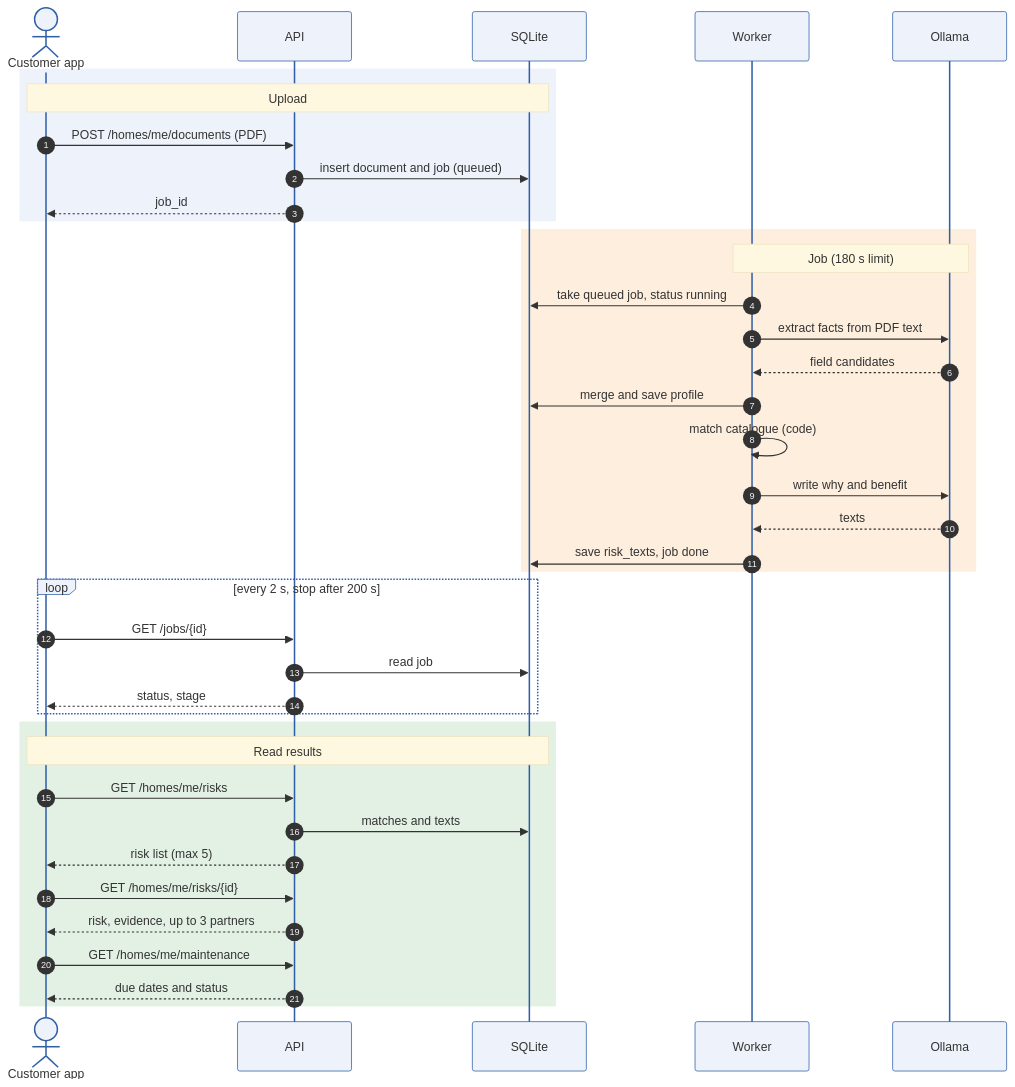
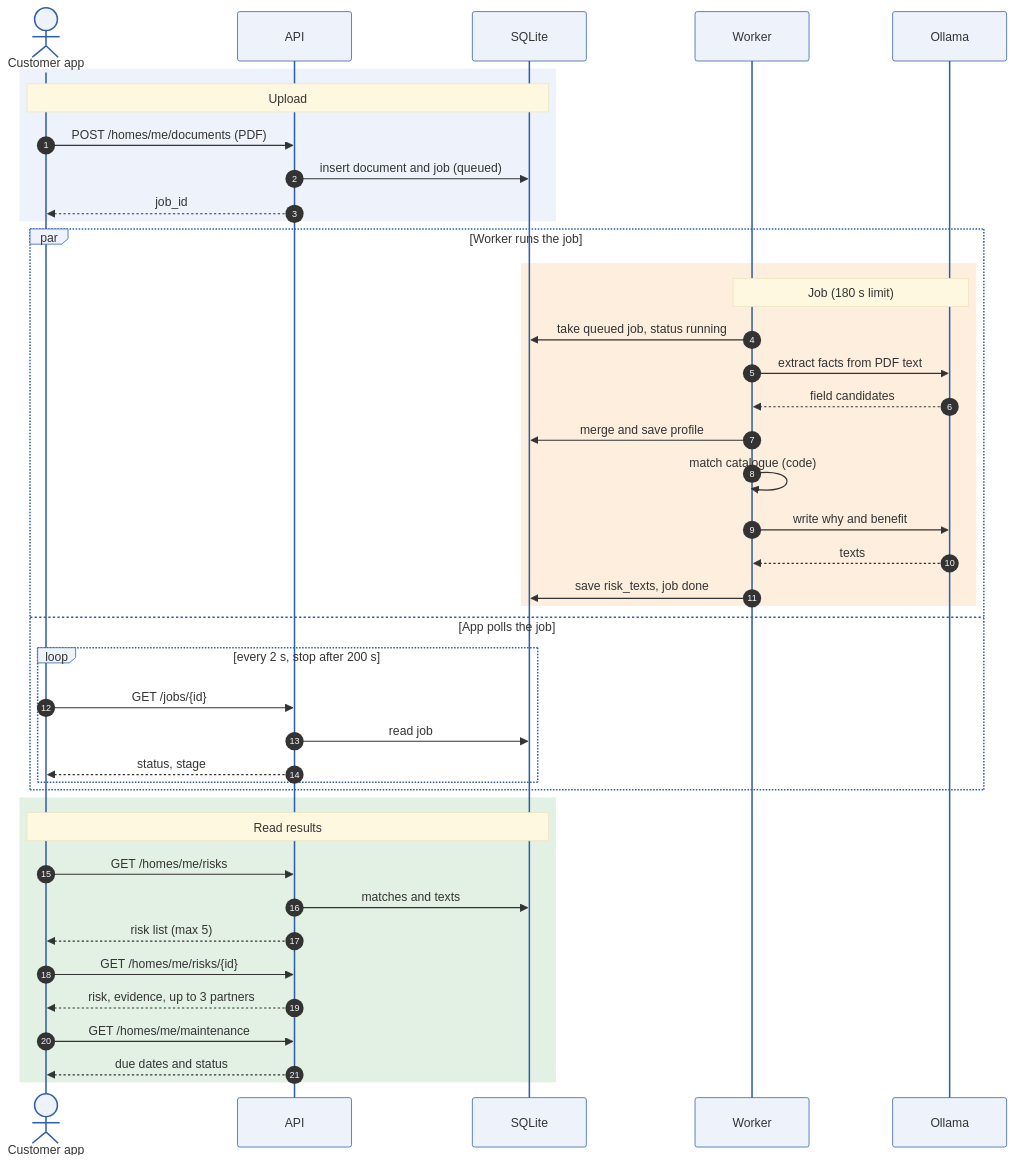
Before and after one commit to carbler1/IF-Ensurance: the diagram in docs/systemdesign/sequence.mmd, drawn with Mermaid. The commit also changed 5 other files, not shown here.

Commit message:
Update the architecture, roadmap and sequence diagrams

```diff
--- a/docs/systemdesign/sequence.mmd
+++ b/docs/systemdesign/sequence.mmd
@@ -1,44 +1,46 @@
 %%{init: {"theme": "base", "themeVariables": {"fontSize": "14px", "actorBkg": "#eef3fb", "actorBorder": "#2f5fa7", "noteBkgColor": "#fff8e1"}}}%%
 sequenceDiagram
     autonumber
     actor C as Customer app
     participant A as API
     participant D as SQLite
     participant W as Worker
     participant O as Ollama
 
     rect rgb(238, 243, 251)
     Note over C,D: Upload
     C->>A: POST /homes/me/documents (PDF)
     A->>D: insert document and job (queued)
     A-->>C: job_id
     end
 
-    rect rgb(253, 238, 222)
-    Note over W,O: Job (180 s limit)
-    W->>D: take queued job, status running
-    W->>O: extract facts from PDF text
-    O-->>W: field candidates
-    W->>D: merge and save profile
-    W->>W: match catalogue (code)
-    W->>O: write why and benefit
-    O-->>W: texts
-    W->>D: save risk_texts, job done
+    par Worker runs the job
+        rect rgb(253, 238, 222)
+        Note over W,O: Job (180 s limit)
+        W->>D: take queued job, status running
+        W->>O: extract facts from PDF text
+        O-->>W: field candidates
+        W->>D: merge and save profile
+        W->>W: match catalogue (code)
+        W->>O: write why and benefit
+        O-->>W: texts
+        W->>D: save risk_texts, job done
+        end
+    and App polls the job
+        loop every 2 s, stop after 200 s
+            C->>A: GET /jobs/{id}
+            A->>D: read job
+            A-->>C: status, stage
     end
-
-    loop every 2 s, stop after 200 s
-        C->>A: GET /jobs/{id}
-        A->>D: read job
-        A-->>C: status, stage
     end
 
     rect rgb(227, 241, 229)
     Note over C,D: Read results
     C->>A: GET /homes/me/risks
     A->>D: matches and texts
     A-->>C: risk list (max 5)
     C->>A: GET /homes/me/risks/{id}
     A-->>C: risk, evidence, up to 3 partners
     C->>A: GET /homes/me/maintenance
     A-->>C: due dates and status
     end
```
